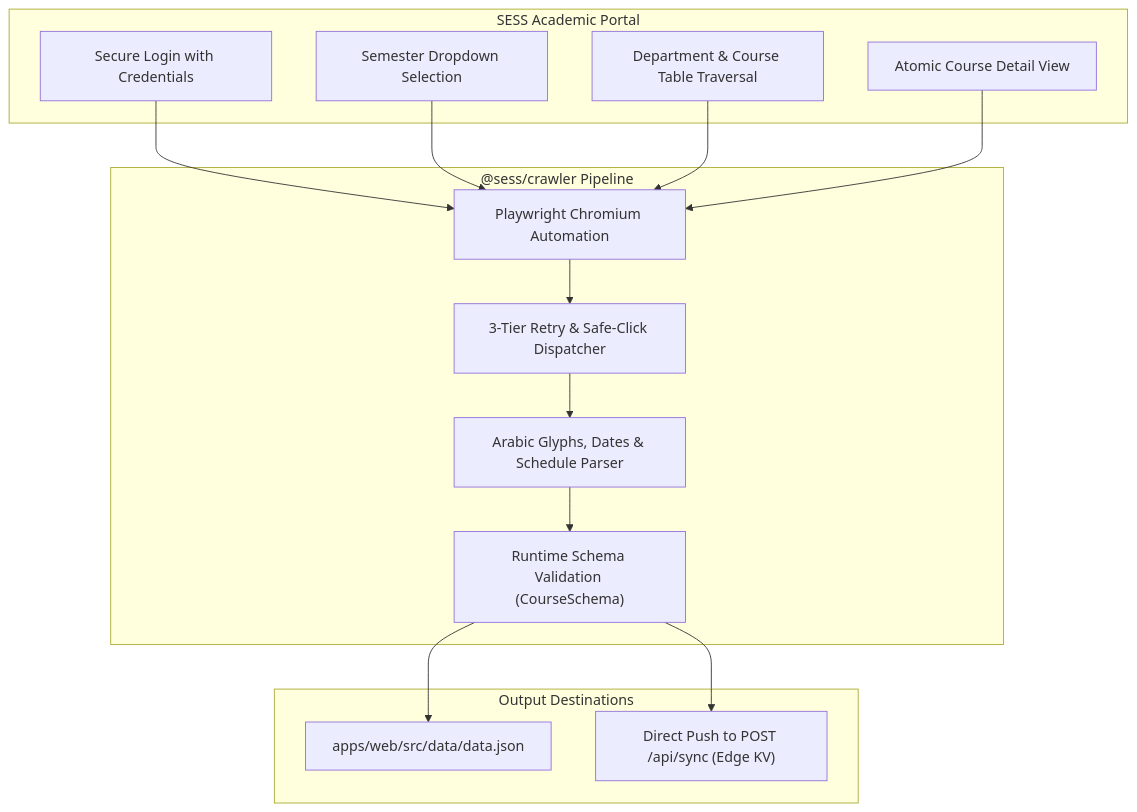
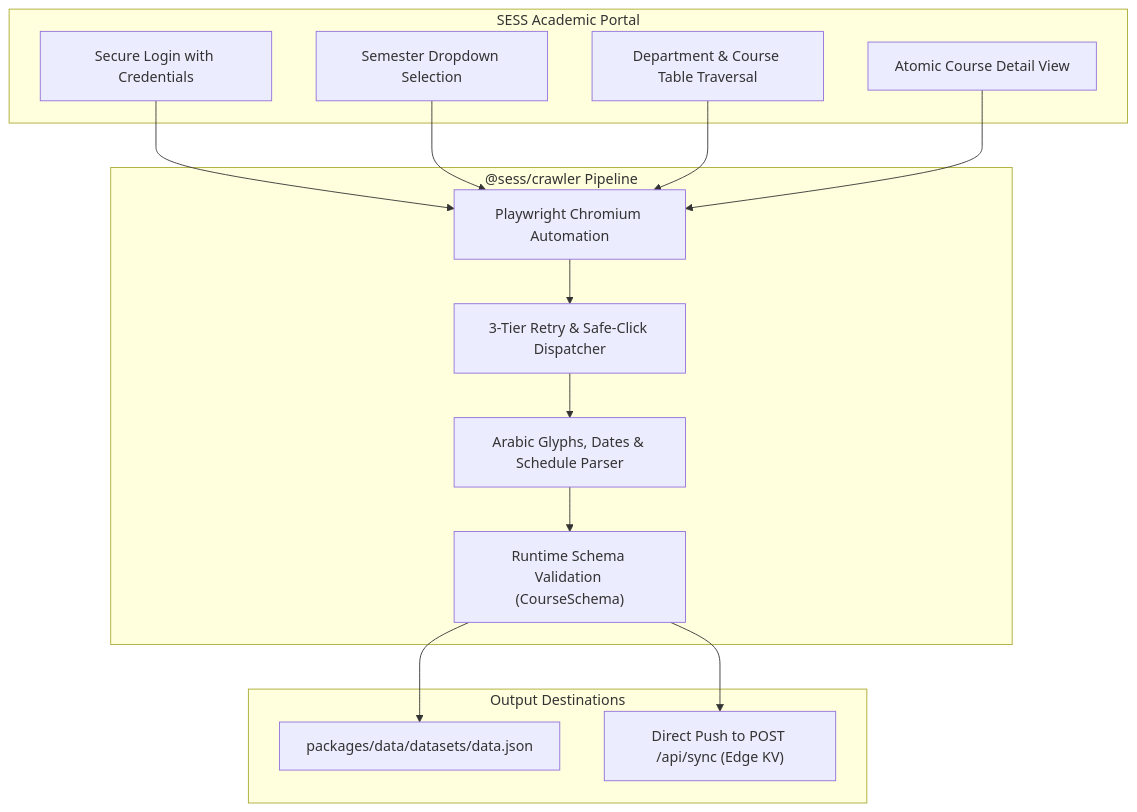
One commit to rashcode-com/Sess-Timetabling-App changed the diagram in apps/docs/en/services/crawler.md. Above: the diagram before and after it, drawn with Mermaid. The commit also changed other lines of this file and 31 other files, not shown here.

First line of the commit message:
feat(data): Decouple dataset package and optimize async web loading

````diff
--- a/apps/docs/en/services/crawler.md
+++ b/apps/docs/en/services/crawler.md
@@ -11,31 +11,31 @@
 ```mermaid
 flowchart TD
     subgraph SESS_Portal ["SESS Academic Portal"]
         Login["Secure Login with Credentials"]
         SelectSemester["Semester Dropdown Selection"]
         ListDept["Department & Course Table Traversal"]
         DetailsPage["Atomic Course Detail View"]
     end
 
     subgraph CrawlerEngine ["@sess/crawler Pipeline"]
         PW["Playwright Chromium Automation"]
         Recovery["3-Tier Retry & Safe-Click Dispatcher"]
         Parser["Arabic Glyphs, Dates & Schedule Parser"]
         ZodValidator["Runtime Schema Validation (CourseSchema)"]
     end
 
     subgraph Outputs ["Output Destinations"]
-        LocalFile["apps/web/src/data/data.json"]
+        LocalFile["packages/data/datasets/data.json"]
         CloudflareAPI["Direct Push to POST /api/sync (Edge KV)"]
     end
 
     Login --> PW
     SelectSemester --> PW
     ListDept --> PW
     DetailsPage --> PW
     PW --> Recovery
     Recovery --> Parser
     Parser --> ZodValidator
     ZodValidator --> LocalFile
     ZodValidator --> CloudflareAPI
 ```
````
